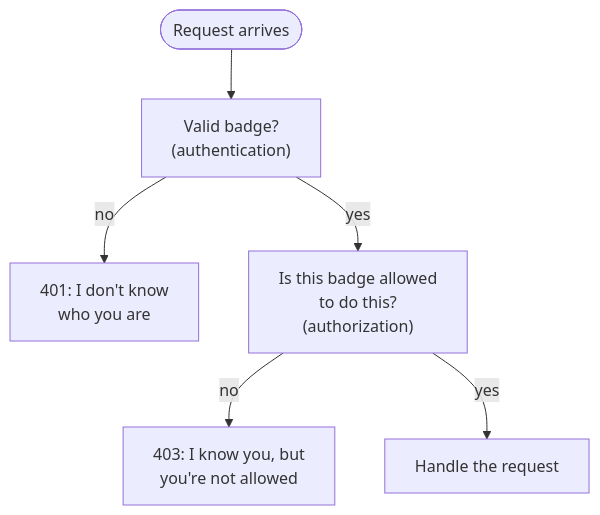
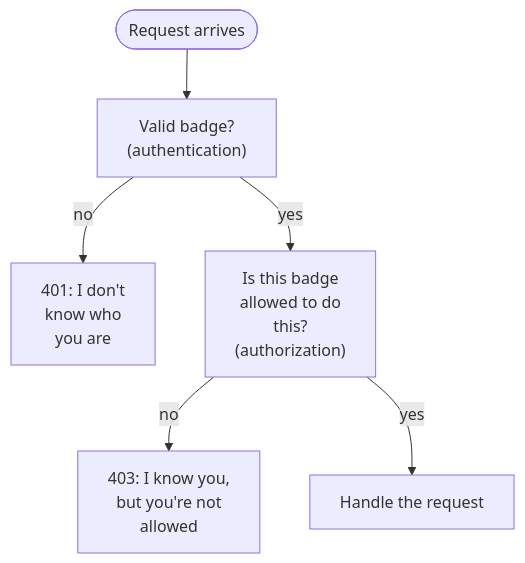
Before and after one commit to duongbui234/software-engineering-atlas: the first of 3 diagrams in content/en/posts/2026-11-18-api-security.md, drawn with Mermaid. The commit also changed other lines of this file and 134 other files, not shown here.

First line of the commit message:
Fit every Mermaid diagram at 390px without sideways scroll (#56)

````diff
--- a/content/en/posts/2026-11-18-api-security.md
+++ b/content/en/posts/2026-11-18-api-security.md
@@ -58,8 +58,8 @@
 ```mermaid
 flowchart TB
     R([Request arrives]) --> A["Valid badge?<br/>(authentication)"]
-    A -- no --> E1["401: I don't know<br/>who you are"]
-    A -- yes --> B["Is this badge allowed<br/>to do this?<br/>(authorization)"]
-    B -- no --> E2["403: I know you, but<br/>you're not allowed"]
+    A -- no --> E1["401: I don't<br/>know who<br/>you are"]
+    A -- yes --> B["Is this badge<br/>allowed to do<br/>this?<br/>(authorization)"]
+    B -- no --> E2["403: I know you,<br/>but you're not<br/>allowed"]
     B -- yes --> C["Handle the request"]
 ```
````
